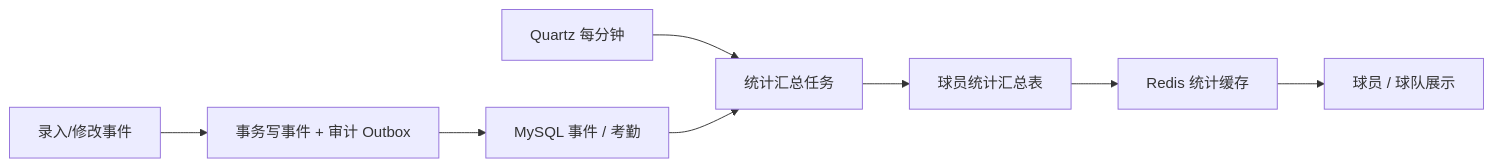
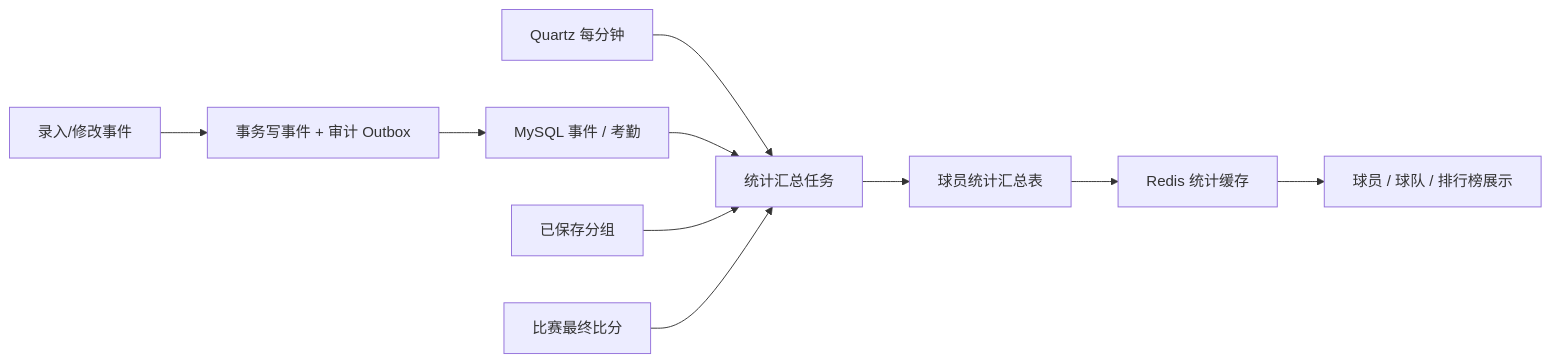
One commit to zhouyacheng/yunhefc changed the seventh of 7 diagrams in docs/design/03.整体架构设计.md. Above: the diagram before and after it, drawn with Mermaid. The commit also changed other lines of this file and 47 other files, not shown here.

````diff
--- a/docs/design/03.整体架构设计.md
+++ b/docs/design/03.整体架构设计.md
@@ -373,10 +374,12 @@
 ```mermaid
 flowchart LR
   E["录入/修改事件"] --> W["事务写事件 + 审计 Outbox"]
   W --> D["MySQL 事件 / 考勤"]
   Q["Quartz 每分钟"] --> S["统计汇总任务"]
   D --> S
+  G["已保存分组"] --> S
+  M["比赛最终比分"] --> S
   S --> T["球员统计汇总表"]
   T --> C["Redis 统计缓存"]
-  C --> P["球员 / 球队展示"]
+  C --> P["球员 / 球队 / 排行榜展示"]
 ```
````
